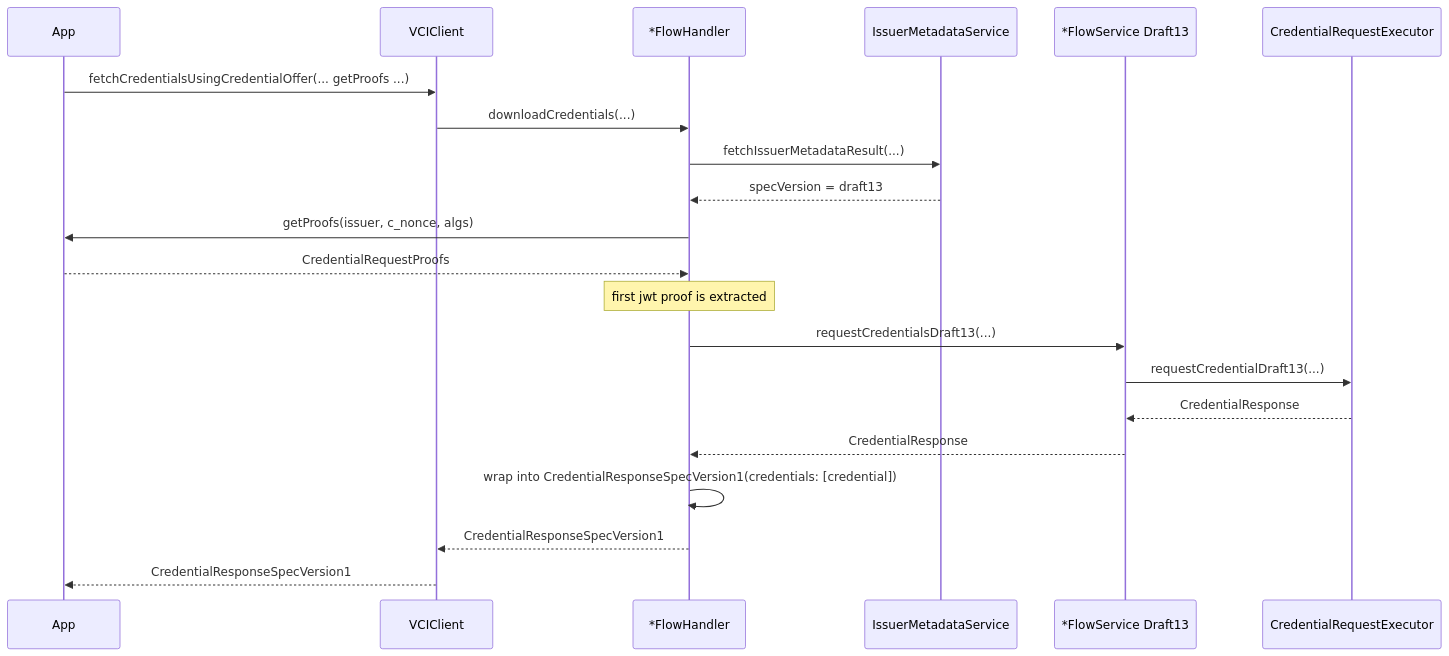
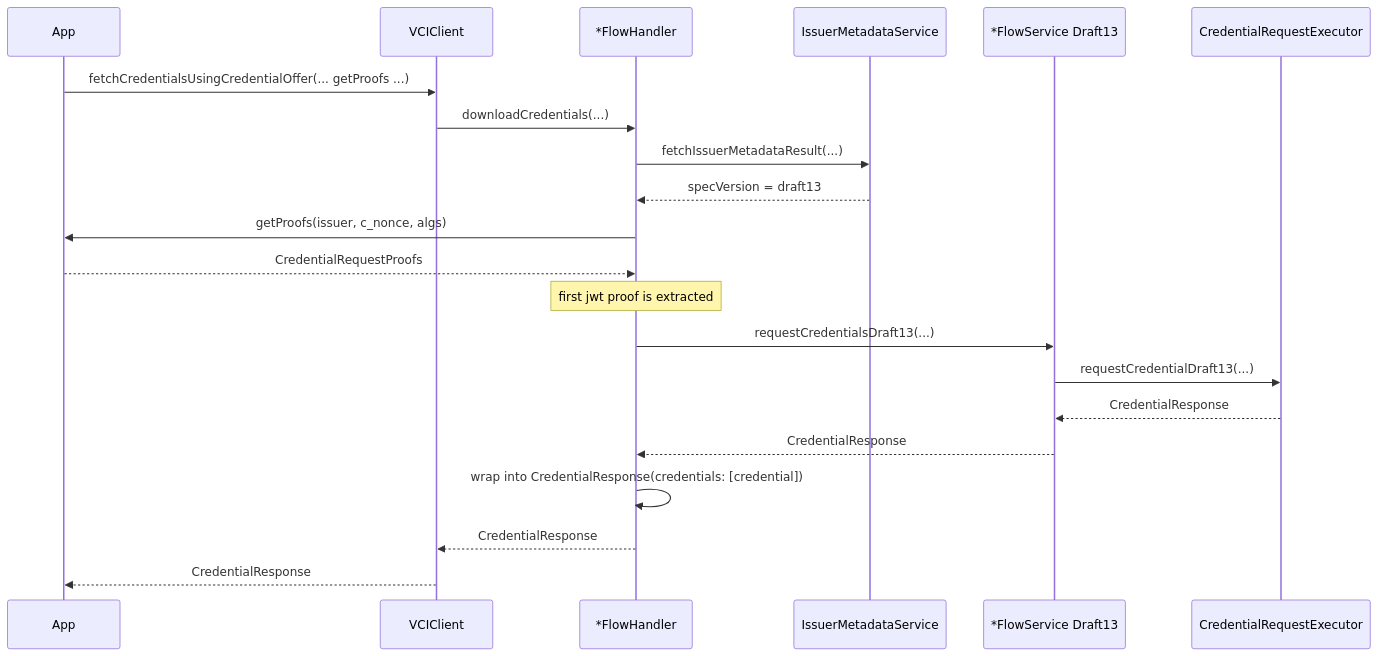
Before and after one commit to inji/inji-vci-client-ios-swift: the fourth of 4 diagrams in docs/adr/0001-openid4vci-v1-migration.md, drawn with Mermaid. The commit also changed other lines of this file and 44 other files, not shown here.

````diff
--- a/docs/adr/0001-openid4vci-v1-migration.md
+++ b/docs/adr/0001-openid4vci-v1-migration.md
@@ -300,24 +300,24 @@
 ```mermaid
 sequenceDiagram
     participant App
     participant Client as VCIClient
     participant Handler as *FlowHandler
     participant Metadata as IssuerMetadataService
     participant Service as *FlowService Draft13
     participant Exec as CredentialRequestExecutor
 
     App->>Client: fetchCredentialsUsingCredentialOffer(... getProofs ...)
     Client->>Handler: downloadCredentials(...)
     Handler->>Metadata: fetchIssuerMetadataResult(...)
     Metadata-->>Handler: specVersion = draft13
     Handler->>App: getProofs(issuer, c_nonce, algs)
     App-->>Handler: CredentialRequestProofs
     Note over Handler: first jwt proof is extracted
     Handler->>Service: requestCredentialsDraft13(...)
     Service->>Exec: requestCredentialDraft13(...)
     Exec-->>Service: CredentialResponse
     Service-->>Handler: CredentialResponse
-    Handler->>Handler: wrap into CredentialResponseSpecVersion1(credentials: [credential])
-    Handler-->>Client: CredentialResponseSpecVersion1
-    Client-->>App: CredentialResponseSpecVersion1
+    Handler->>Handler: wrap into CredentialResponse(credentials: [credential])
+    Handler-->>Client: CredentialResponse
+    Client-->>App: CredentialResponse
 ```
````
